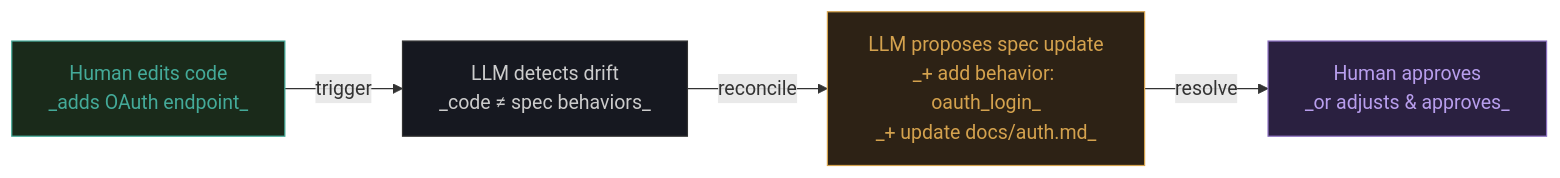
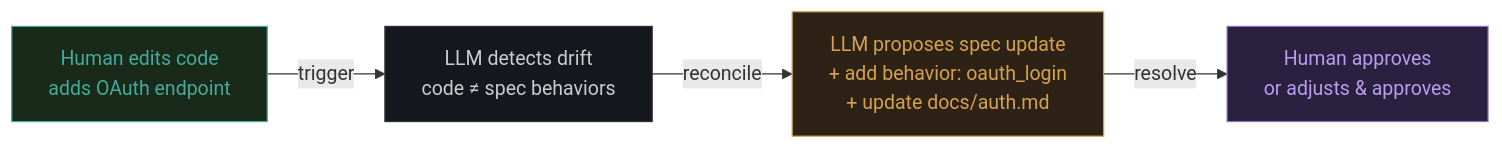
The fourth of 13 diagrams in docs/motivation-system-diagrams.md (davidroeca/NotarAI), drawn with Mermaid before and after one commit. The commit also changed other lines of this file, not shown here.

````diff
--- a/docs/motivation-system-diagrams.md
+++ b/docs/motivation-system-diagrams.md
@@ -147,16 +147,16 @@
 ```mermaid
 flowchart LR
-    A1["Human edits code<br/>_adds OAuth endpoint_"]
-    A2["LLM detects drift<br/>_code ≠ spec behaviors_"]
-    A3["LLM proposes spec update<br/>_+ add behavior: oauth_login_<br/>_+ update docs/auth.md_"]
-    A4["Human approves<br/>_or adjusts & approves_"]
+    A1["Human edits code<br/>adds OAuth endpoint"]
+    A2["LLM detects drift<br/>code ≠ spec behaviors"]
+    A3["LLM proposes spec update<br/>+ add behavior: oauth_login<br/>+ update docs/auth.md"]
+    A4["Human approves<br/>or adjusts & approves"]
 
     A1 -->|trigger| A2
     A2 -->|reconcile| A3
     A3 -->|resolve| A4
 
     style A1 fill:#1a2a1a,stroke:#4a9,color:#4a9
     style A2 fill:#161820,stroke:#333,color:#ccc
     style A3 fill:#2d2215,stroke:#d4a24e,color:#d4a24e
     style A4 fill:#2a2040,stroke:#8b6fc0,color:#b89eed
 ```
````
